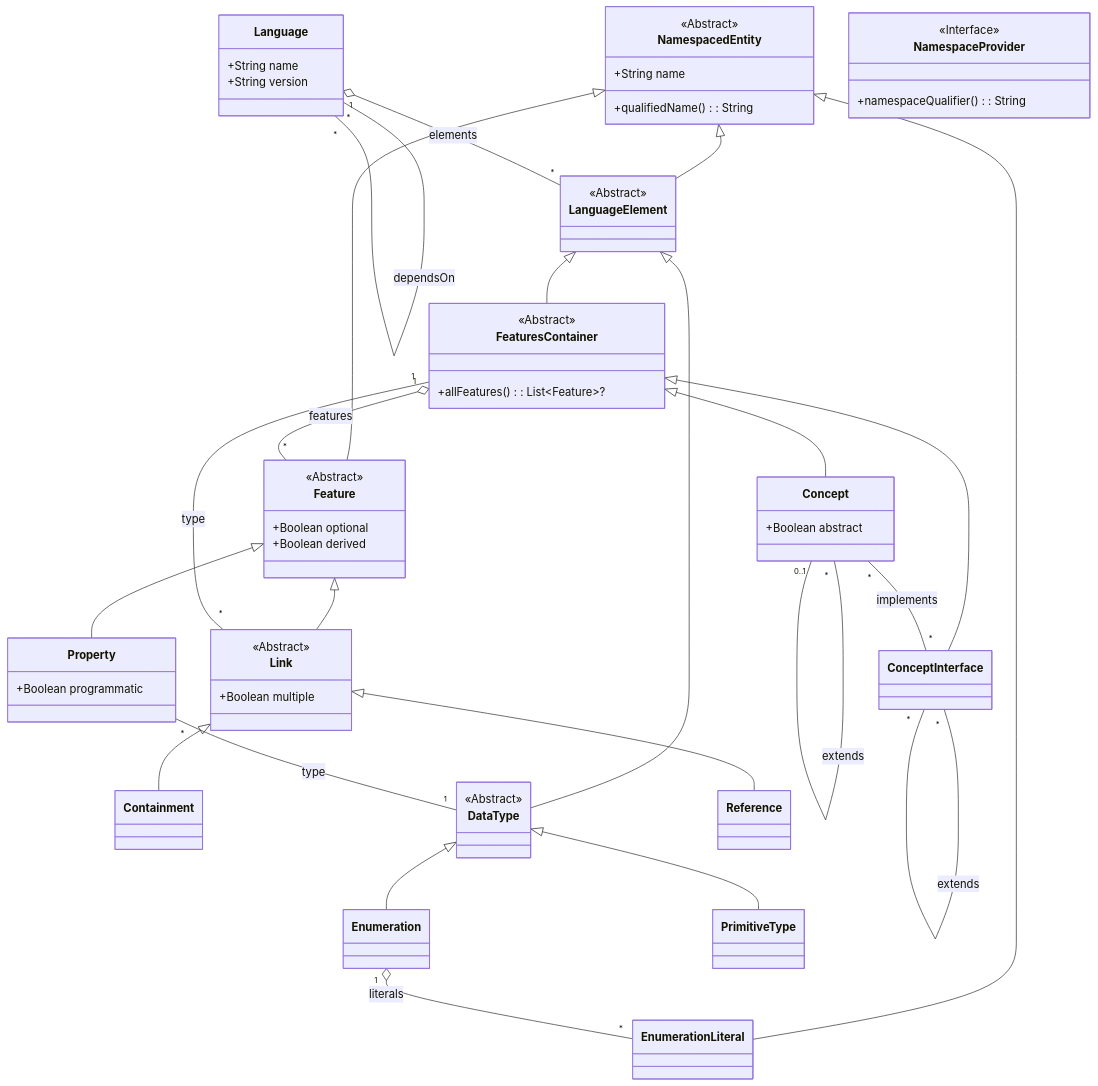
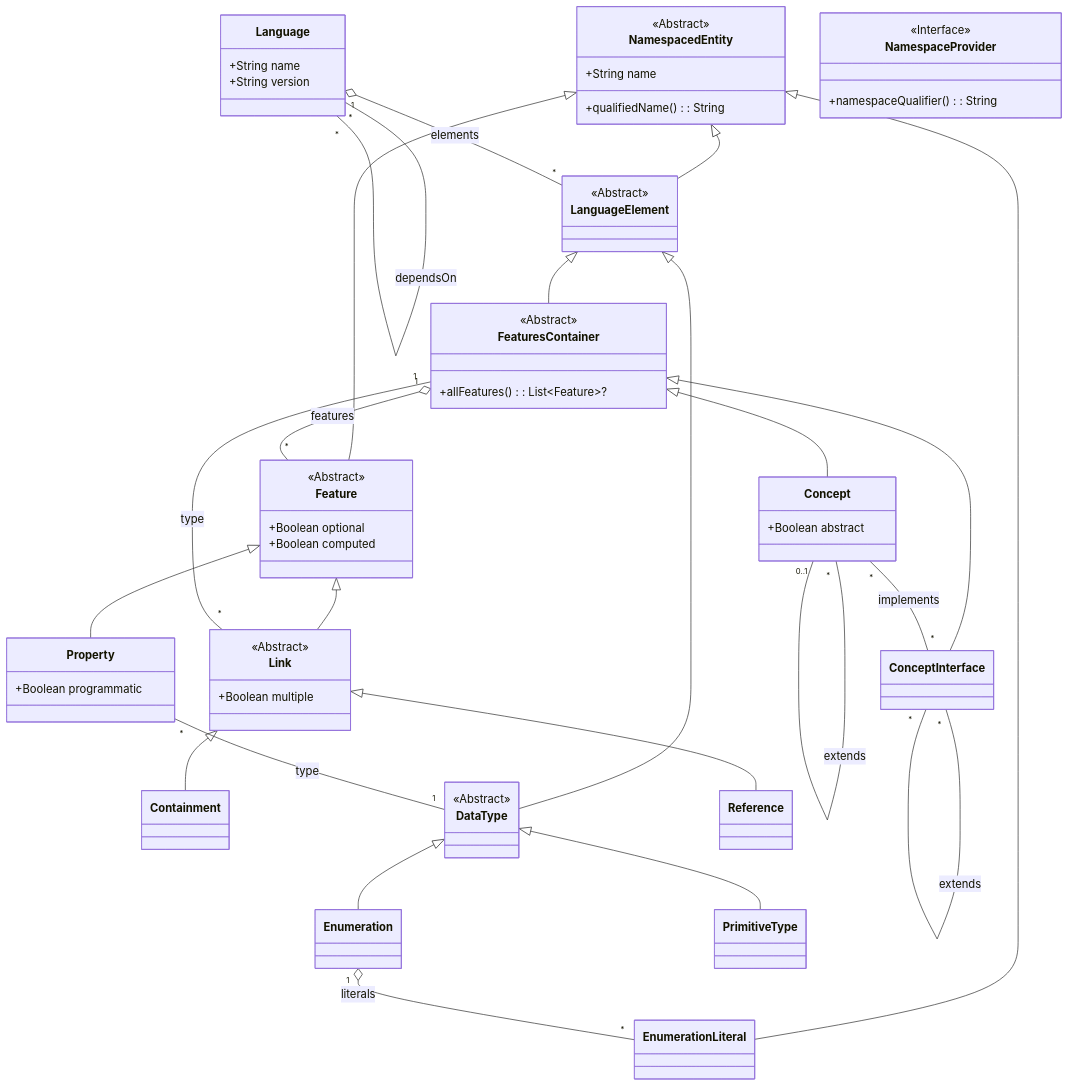
One commit to LionWeb-io/lionweb-typescript changed the diagram in diagrams/metametamodel-gen.md. Above: the diagram before and after it, drawn with Mermaid. The commit also changed 16 other files, not shown here.

Commit message:
Feature.derived -> .computed

```diff
--- a/diagrams/metametamodel-gen.md
+++ b/diagrams/metametamodel-gen.md
@@ -24,7 +24,7 @@
 
   class Feature {
     +Boolean optional
-    +Boolean derived
+    +Boolean computed
   }
   <<Abstract>> Feature
   NamespacedEntity <|-- Feature
```
